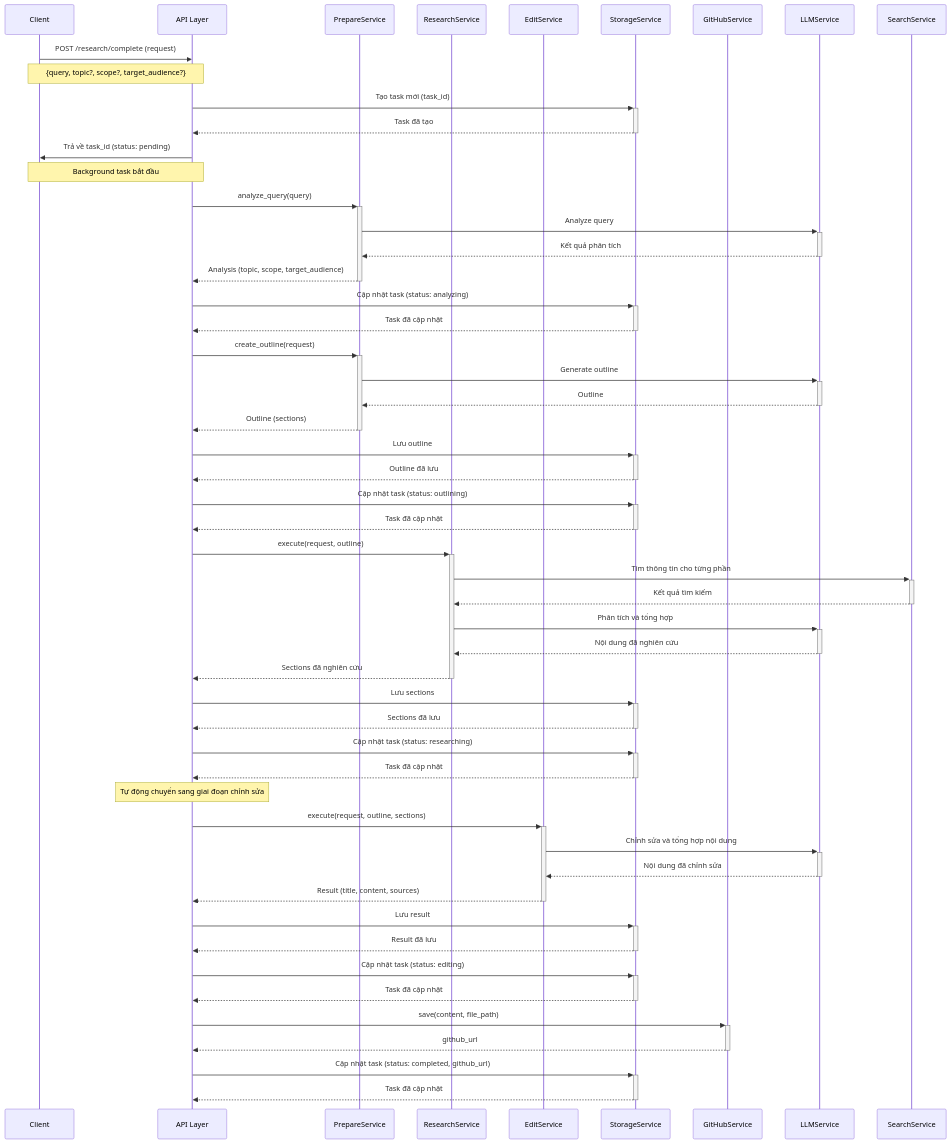
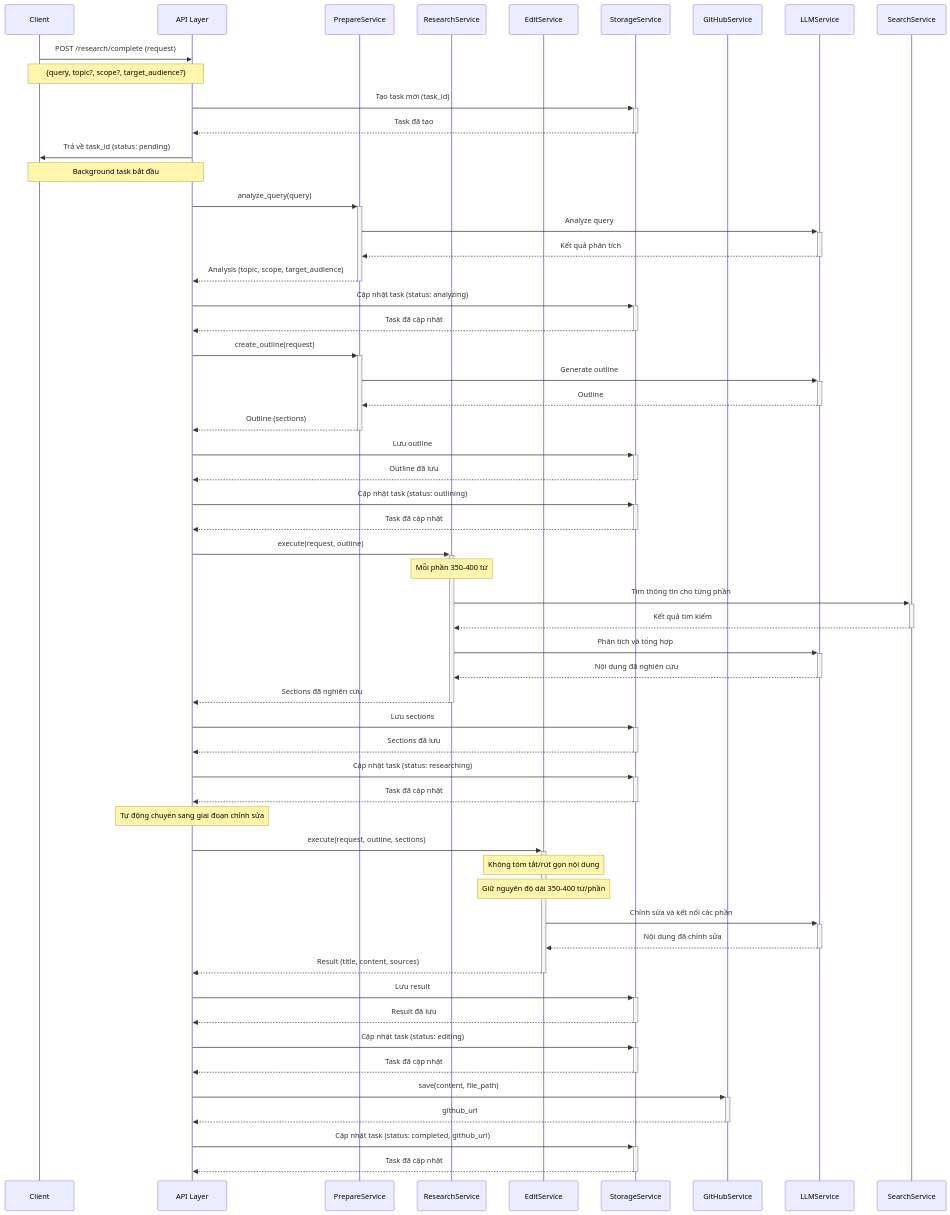
Before and after one commit to phuc-nt/deep-research-agent-python: the second of 8 diagrams in docs/sequence_diagrams.md, drawn with Mermaid. The commit also changed other lines of this file and 7 other files, not shown here.

````diff
--- a/docs/sequence_diagrams.md
+++ b/docs/sequence_diagrams.md
@@ -56,72 +57,75 @@
 ```mermaid
 sequenceDiagram
     participant Client
     participant API as API Layer
     participant PrepareService
     participant ResearchService
     participant EditService
     participant StorageService
     participant GitHubService
     participant LLMService
     participant SearchService
     
     Client->>API: POST /research/complete (request)
     Note over Client,API: {query, topic?, scope?, target_audience?}
     
     API->>+StorageService: Tạo task mới (task_id)
     StorageService-->>-API: Task đã tạo
     
     API->>Client: Trả về task_id (status: pending)
     Note over API,Client: Background task bắt đầu
     
     API->>+PrepareService: analyze_query(query)
     PrepareService->>+LLMService: Analyze query
     LLMService-->>-PrepareService: Kết quả phân tích
     PrepareService-->>-API: Analysis (topic, scope, target_audience)
     
     API->>+StorageService: Cập nhật task (status: analyzing)
     StorageService-->>-API: Task đã cập nhật
     
     API->>+PrepareService: create_outline(request)
     PrepareService->>+LLMService: Generate outline
     LLMService-->>-PrepareService: Outline
     PrepareService-->>-API: Outline (sections)
     
     API->>+StorageService: Lưu outline
     StorageService-->>-API: Outline đã lưu
     
     API->>+StorageService: Cập nhật task (status: outlining)
     StorageService-->>-API: Task đã cập nhật
     
     API->>+ResearchService: execute(request, outline)
+    Note over ResearchService: Mỗi phần 350-400 từ
     ResearchService->>+SearchService: Tìm thông tin cho từng phần
     SearchService-->>-ResearchService: Kết quả tìm kiếm
     ResearchService->>+LLMService: Phân tích và tổng hợp
     LLMService-->>-ResearchService: Nội dung đã nghiên cứu
     ResearchService-->>-API: Sections đã nghiên cứu
     
     API->>+StorageService: Lưu sections
     StorageService-->>-API: Sections đã lưu
     
     API->>+StorageService: Cập nhật task (status: researching)
     StorageService-->>-API: Task đã cập nhật
     
     Note over API: Tự động chuyển sang giai đoạn chỉnh sửa
     
     API->>+EditService: execute(request, outline, sections)
-    EditService->>+LLMService: Chỉnh sửa và tổng hợp nội dung
+    Note over EditService: Không tóm tắt/rút gọn nội dung
+    Note over EditService: Giữ nguyên độ dài 350-400 từ/phần
+    EditService->>+LLMService: Chỉnh sửa và kết nối các phần
     LLMService-->>-EditService: Nội dung đã chỉnh sửa
     EditService-->>-API: Result (title, content, sources)
     
     API->>+StorageService: Lưu result
     StorageService-->>-API: Result đã lưu
     
     API->>+StorageService: Cập nhật task (status: editing)
     StorageService-->>-API: Task đã cập nhật
     
     API->>+GitHubService: save(content, file_path)
     GitHubService-->>-API: github_url
     
     API->>+StorageService: Cập nhật task (status: completed, github_url)
     StorageService-->>-API: Task đã cập nhật
 ```
````
